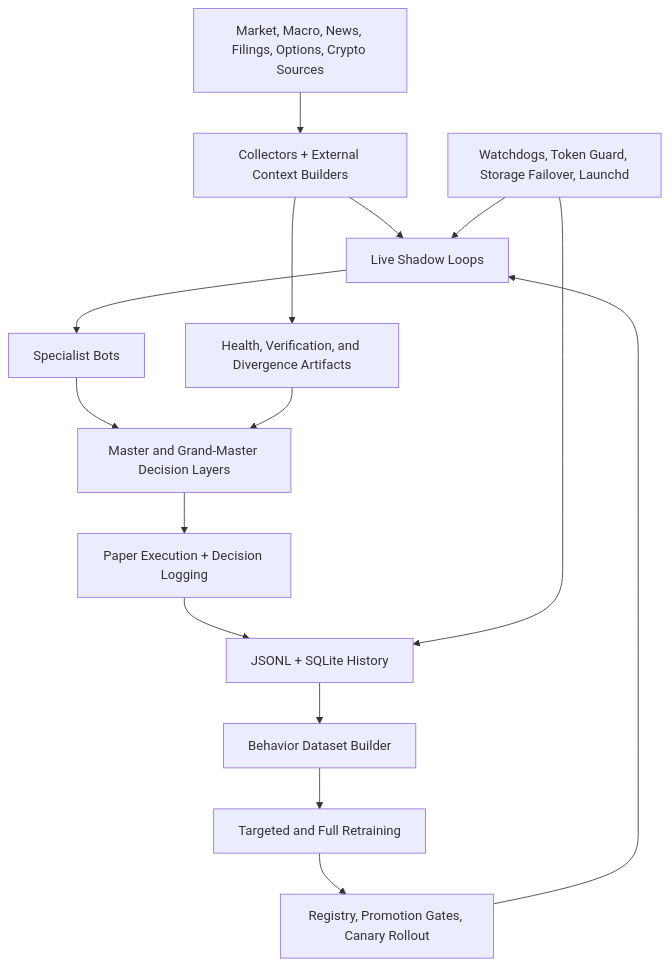
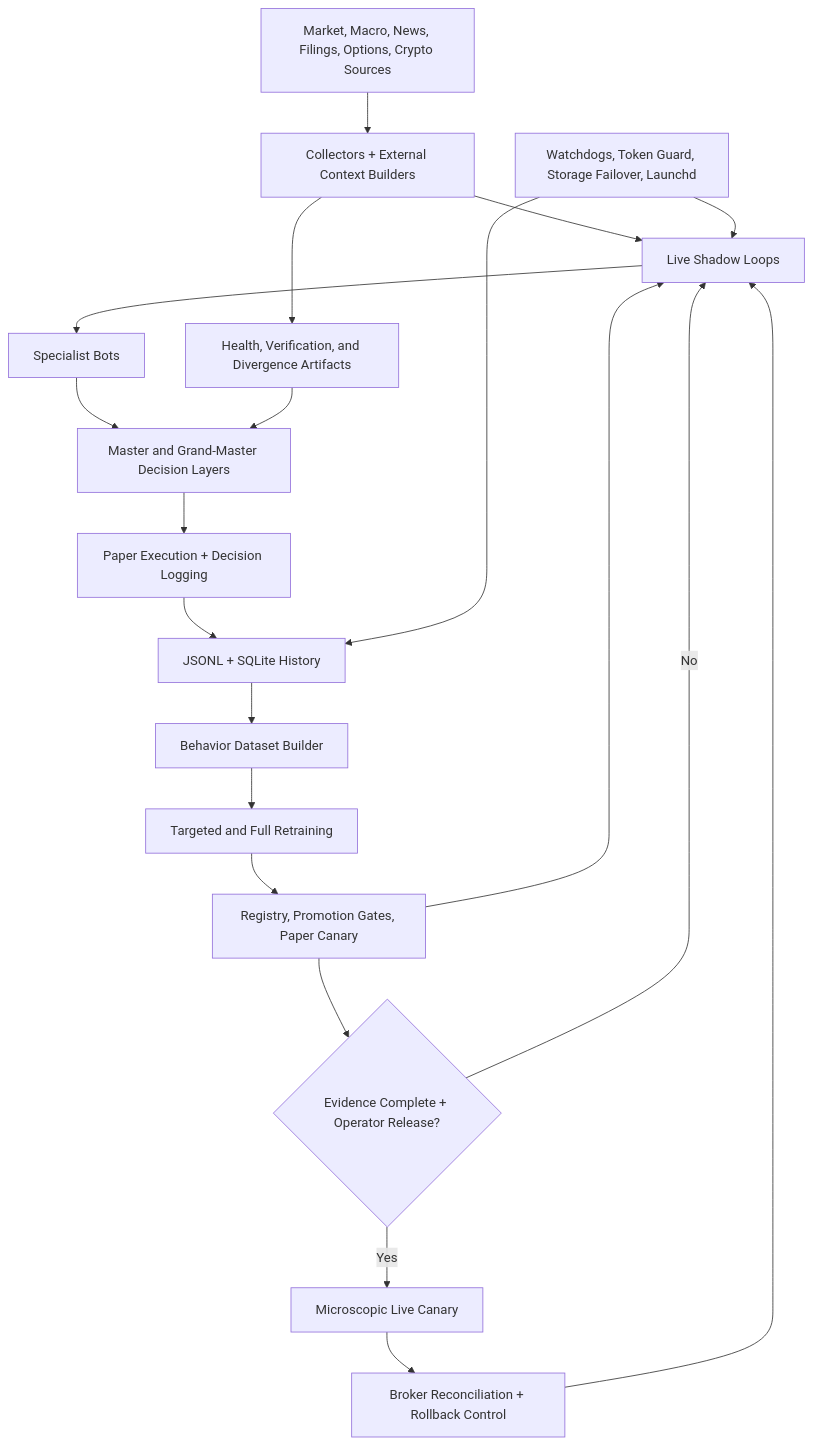
Before and after one commit to Dkingsley1/Schwab-Trading-Bots: the diagram in README.md, drawn with Mermaid. The commit also changed other lines of this file, not shown here.

````diff
--- a/README.md
+++ b/README.md
@@ -25,17 +25,22 @@
 ```mermaid
 flowchart TD
     A["Market, Macro, News, Filings, Options, Crypto Sources"] --> B["Collectors + External Context Builders"]
     B --> C["Live Shadow Loops"]
     B --> D["Health, Verification, and Divergence Artifacts"]
     C --> E["Specialist Bots"]
     E --> F["Master and Grand-Master Decision Layers"]
     F --> G["Paper Execution + Decision Logging"]
     G --> H["JSONL + SQLite History"]
     H --> I["Behavior Dataset Builder"]
     I --> J["Targeted and Full Retraining"]
-    J --> K["Registry, Promotion Gates, Canary Rollout"]
+    J --> K["Registry, Promotion Gates, Paper Canary"]
     K --> C
     D --> F
     L["Watchdogs, Token Guard, Storage Failover, Launchd"] --> C
     L --> H
+    K --> M{"Evidence Complete + Operator Release?"}
+    M -- "No" --> C
+    M -- "Yes" --> N["Microscopic Live Canary"]
+    N --> O["Broker Reconciliation + Rollback Control"]
+    O --> C
 ```
````
